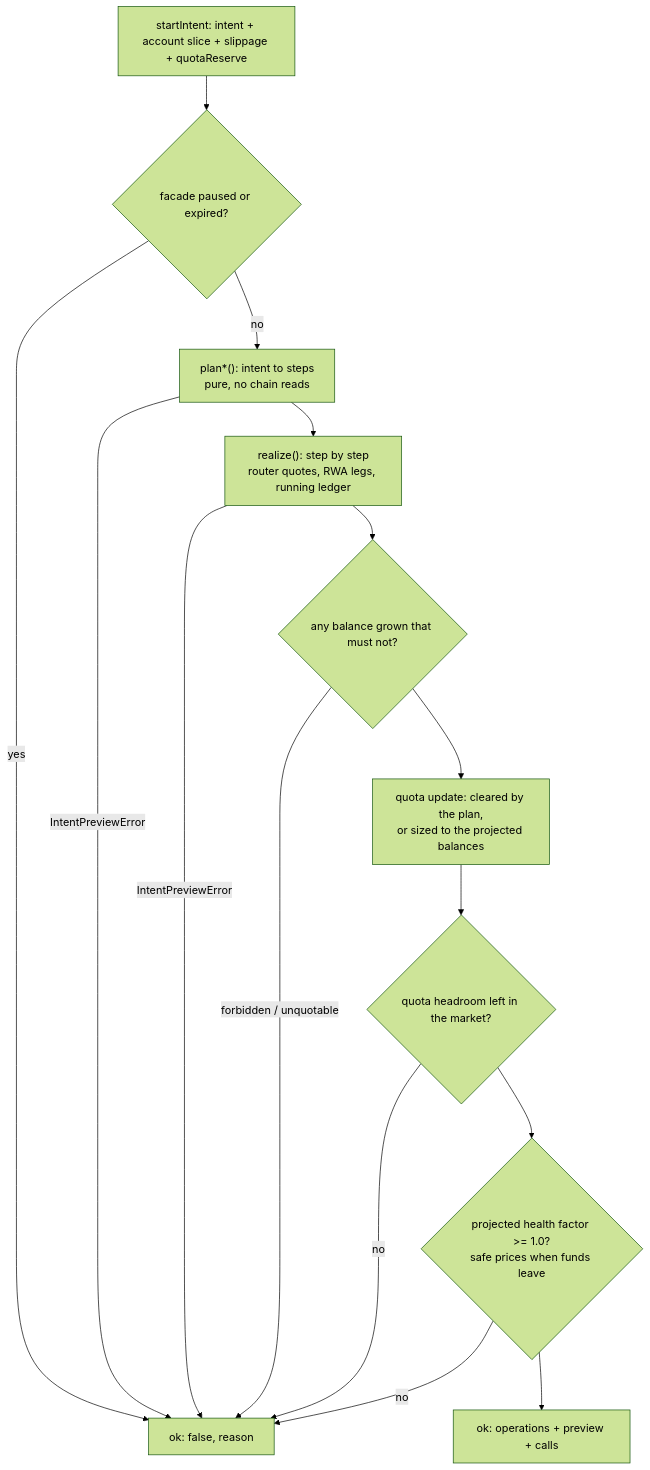
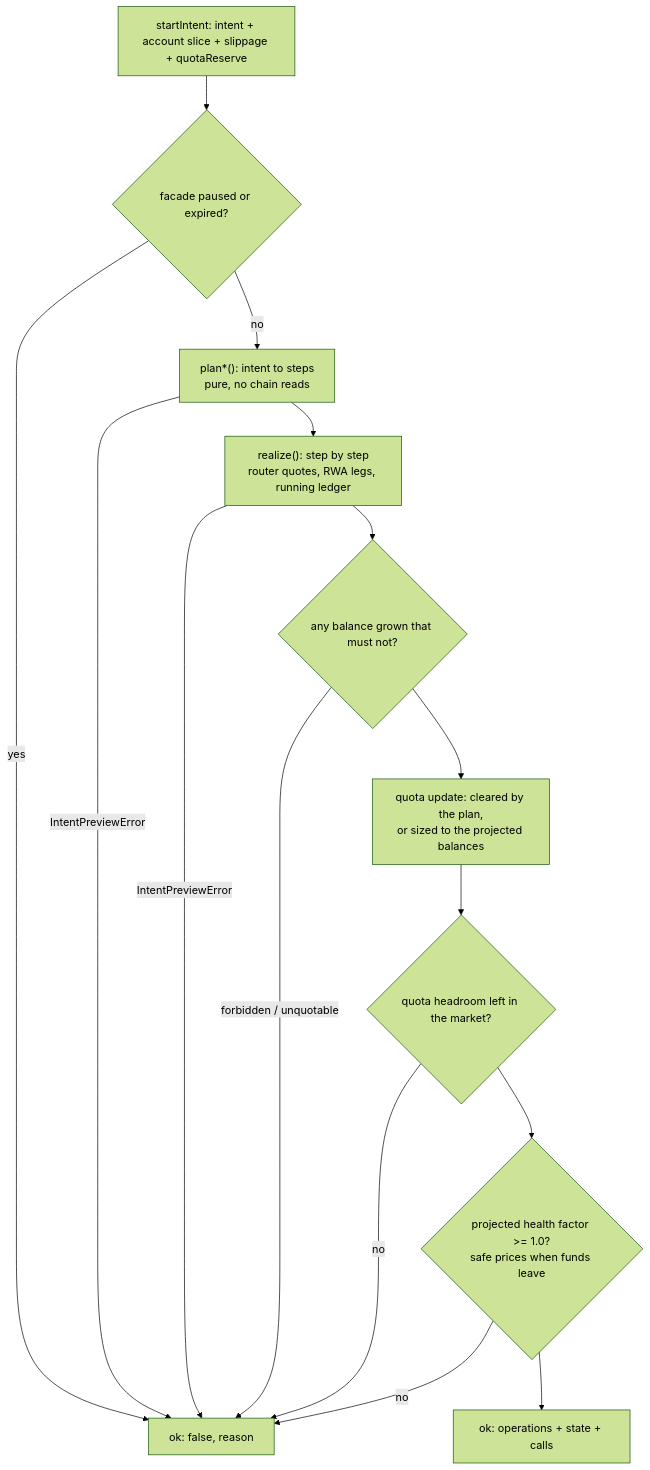
One commit to Gearbox-protocol/sdk changed the first of 3 diagrams in docs/intents/README.md. Above: the diagram before and after it, drawn with Mermaid (forest theme). The commit also changed other lines of this file and 35 other files, not shown here.

````diff
--- a/docs/intents/README.md
+++ b/docs/intents/README.md
@@ -27,28 +27,28 @@
 ```mermaid
 flowchart TD
   req["startIntent: intent + account slice + slippage + quotaReserve"]
   op{"facade paused or expired?"}
   plan["plan*(): intent to steps<br/>pure, no chain reads"]
   loop["realize(): step by step<br/>router quotes, RWA legs, running ledger"]
   growth{"any balance grown that must not?"}
   quota["quota update: cleared by the plan,<br/>or sized to the projected balances"]
   head{"quota headroom left in the market?"}
   hf{"projected health factor >= 1.0?<br/>safe prices when funds leave"}
-  ok["ok: operations + preview + calls"]
+  ok["ok: operations + state + calls"]
   no["ok: false, reason"]
 
   req --> op
   op -->|"yes"| no
   op -->|"no"| plan
   plan -->|"IntentPreviewError"| no
   plan --> loop
   loop -->|"IntentPreviewError"| no
   loop --> growth
   growth -->|"forbidden / unquotable"| no
   growth --> quota
   quota --> head
   head -->|"no"| no
   head --> hf
   hf -->|"no"| no
   hf --> ok
 ```
````
